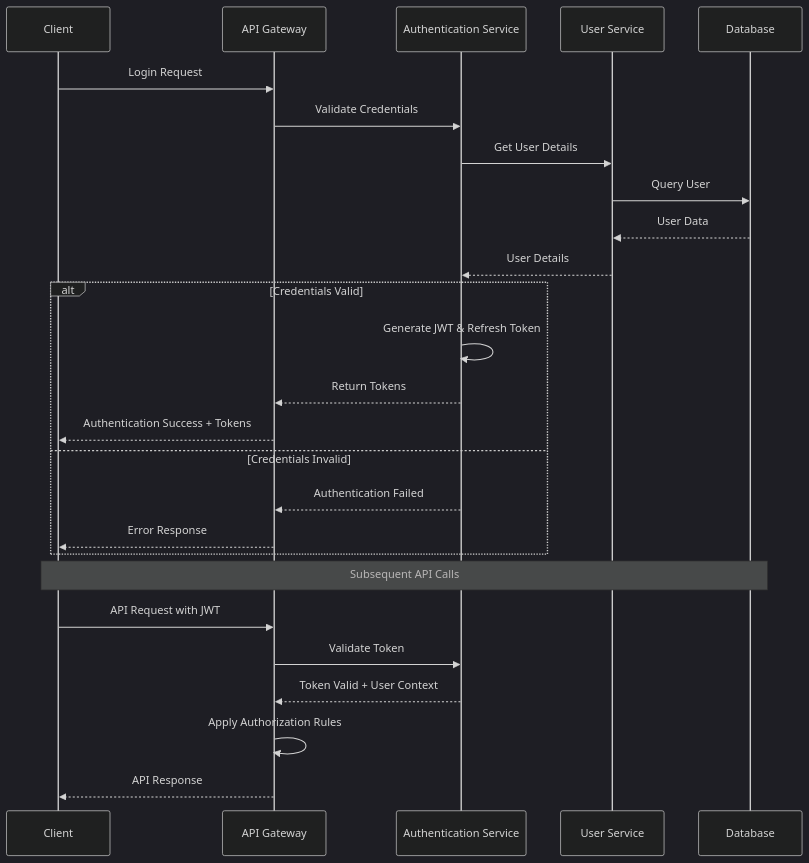
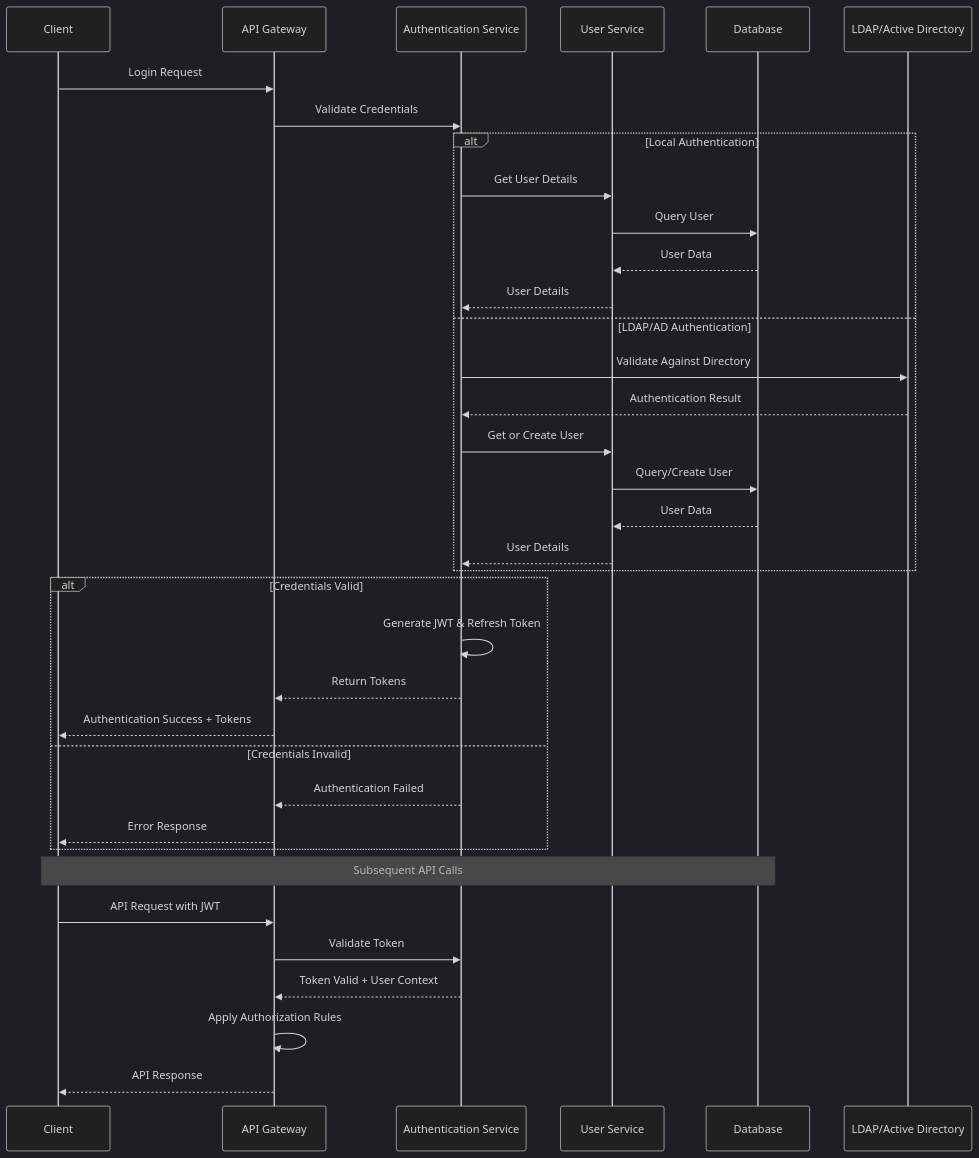
One commit to Broccode/acci_nest changed the fourth of 4 diagrams in .ai/arch.md. Above: the diagram before and after it, drawn with Mermaid (dark theme). The commit also changed other lines of this file and 1 other file, not shown here.

Commit message:
docs: add LDAP/Active Directory integration details to architecture document (2025-04-01)

````diff
--- a/.ai/arch.md
+++ b/.ai/arch.md
@@ -118,32 +119,43 @@
 ```mermaid
 sequenceDiagram
     participant Client
     participant API as API Gateway
     participant Auth as Authentication Service
     participant User as User Service
     participant DB as Database
+    participant Directory as LDAP/Active Directory
     
     Client->>API: Login Request
     API->>Auth: Validate Credentials
-    Auth->>User: Get User Details
-    User->>DB: Query User
-    DB-->>User: User Data
-    User-->>Auth: User Details
+    
+    alt Local Authentication
+        Auth->>User: Get User Details
+        User->>DB: Query User
+        DB-->>User: User Data
+        User-->>Auth: User Details
+    else LDAP/AD Authentication
+        Auth->>Directory: Validate Against Directory
+        Directory-->>Auth: Authentication Result
+        Auth->>User: Get or Create User
+        User->>DB: Query/Create User
+        DB-->>User: User Data
+        User-->>Auth: User Details
+    end
     
     alt Credentials Valid
         Auth->>Auth: Generate JWT & Refresh Token
         Auth-->>API: Return Tokens
         API-->>Client: Authentication Success + Tokens
     else Credentials Invalid
         Auth-->>API: Authentication Failed
         API-->>Client: Error Response
     end
     
     Note over Client,DB: Subsequent API Calls
     
     Client->>API: API Request with JWT
     API->>Auth: Validate Token
     Auth-->>API: Token Valid + User Context
     API->>API: Apply Authorization Rules
     API-->>Client: API Response
 ```
````
